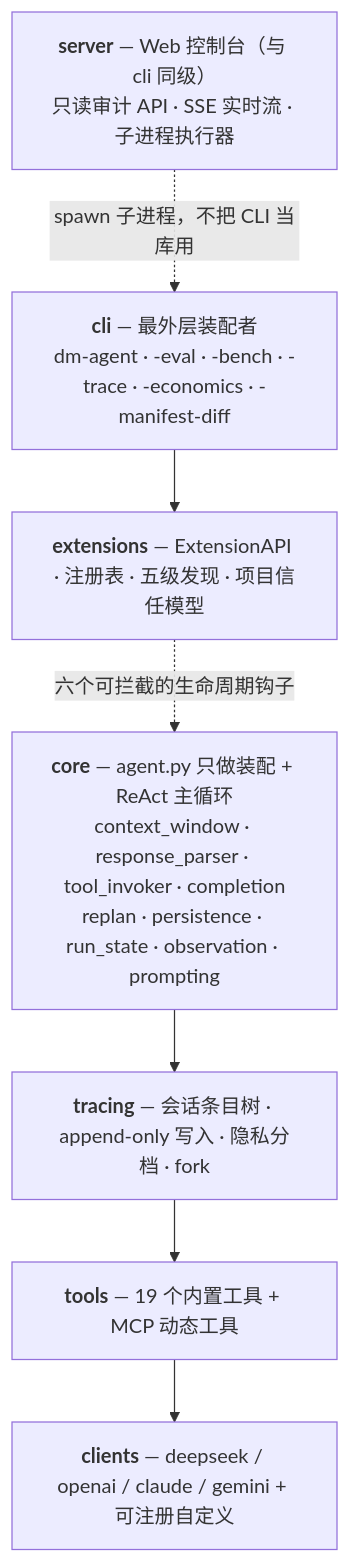
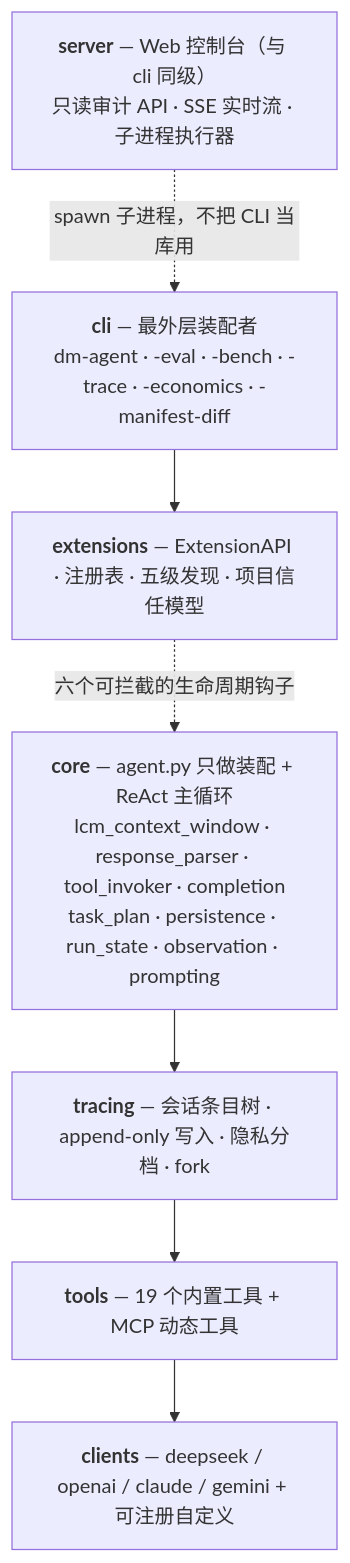
The diagram in README.md (zijieWei030604/DM-Code-Agent), drawn with Mermaid before and after one commit. The commit also changed other lines of this file and 30 other files, not shown here.

Commit message:
feat: align task plans with evidence graph

````diff
--- a/README.md
+++ b/README.md
@@ -257,15 +261,15 @@
 ```mermaid
 flowchart TD
     WEB["<b>server</b> — Web 控制台（与 cli 同级）<br/>只读审计 API · SSE 实时流 · 子进程执行器"]
     CLI["<b>cli</b> — 最外层装配者<br/>dm-agent · -eval · -bench · -trace · -economics · -manifest-diff"]
     EXT["<b>extensions</b> — ExtensionAPI · 注册表 · 五级发现 · 项目信任模型"]
-    CORE["<b>core</b> — agent.py 只做装配 + ReAct 主循环<br/>context_window · response_parser · tool_invoker · completion<br/>replan · persistence · run_state · observation · prompting"]
+    CORE["<b>core</b> — agent.py 只做装配 + ReAct 主循环<br/>lcm_context_window · response_parser · tool_invoker · completion<br/>task_plan · persistence · run_state · observation · prompting"]
     TRACING["<b>tracing</b> — 会话条目树 · append-only 写入 · 隐私分档 · fork"]
     TOOLS["<b>tools</b> — 19 个内置工具 + MCP 动态工具"]
     CLIENTS["<b>clients</b> — deepseek / openai / claude / gemini + 可注册自定义"]
 
     WEB -. "spawn 子进程，不把 CLI 当库用" .-> CLI
     CLI --> EXT
     EXT -. "六个可拦截的生命周期钩子" .-> CORE
     CORE --> TRACING --> TOOLS --> CLIENTS
 ```
````
